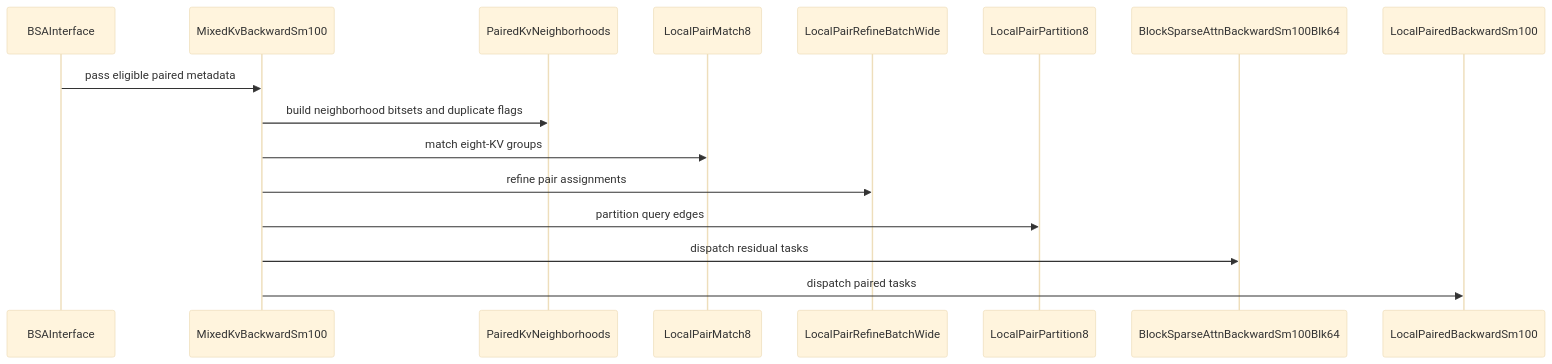
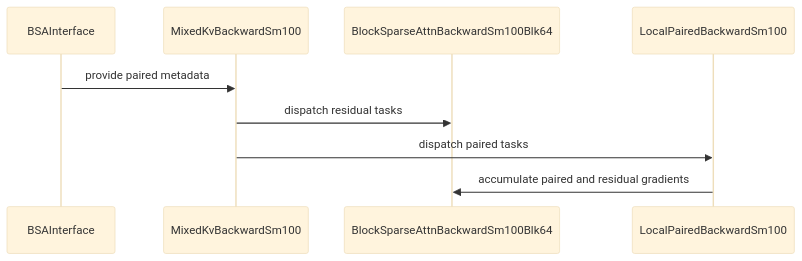
Before and after one commit to yuguo-Jack/HCU-TrainFlow: the diagram in knowledge/projects/cudnn-frontend/knowledgebase/upstream/prs/NVIDIA--cudnn-frontend/PR-1724.md, drawn with Mermaid (base theme). The commit also changed other lines of this file and 42044 other files, not shown here.

````diff
--- a/knowledge/projects/cudnn-frontend/knowledgebase/upstream/prs/NVIDIA--cudnn-frontend/PR-1724.md
+++ b/knowledge/projects/cudnn-frontend/knowledgebase/upstream/prs/NVIDIA--cudnn-frontend/PR-1724.md
@@ -331,18 +425,11 @@
 ```mermaid
 sequenceDiagram
   participant BSAInterface
   participant MixedKvBackwardSm100
-  participant PairedKvNeighborhoods
-  participant LocalPairMatch8
-  participant LocalPairRefineBatchWide
-  participant LocalPairPartition8
   participant BlockSparseAttnBackwardSm100Blk64
   participant LocalPairedBackwardSm100
-  BSAInterface->>MixedKvBackwardSm100: pass eligible paired metadata
-  MixedKvBackwardSm100->>PairedKvNeighborhoods: build neighborhood bitsets and duplicate flags
-  MixedKvBackwardSm100->>LocalPairMatch8: match eight-KV groups
-  MixedKvBackwardSm100->>LocalPairRefineBatchWide: refine pair assignments
-  MixedKvBackwardSm100->>LocalPairPartition8: partition query edges
+  BSAInterface->>MixedKvBackwardSm100: provide paired metadata
   MixedKvBackwardSm100->>BlockSparseAttnBackwardSm100Blk64: dispatch residual tasks
   MixedKvBackwardSm100->>LocalPairedBackwardSm100: dispatch paired tasks
+  LocalPairedBackwardSm100->>BlockSparseAttnBackwardSm100Blk64: accumulate paired and residual gradients
 ```
````
